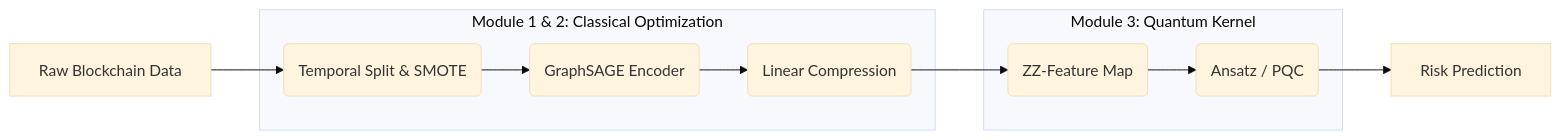
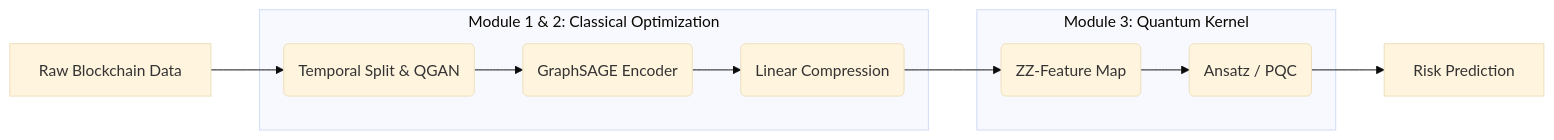
The diagram in README.md (solarism/Quantum-Graph-AML-Detection), drawn with Mermaid (base theme) before and after one commit. The commit also changed other lines of this file and 9 other files, not shown here.

````diff
--- a/README.md
+++ b/README.md
@@ -24,20 +26,20 @@
 ```mermaid
 graph LR
     A[Raw Blockchain Data] --> B[Data Preprocessing];
     B --> C[Classical GNN Layer];
     C --> D[Dimension Reduction];
     D --> E[Quantum Feature Map];
     E --> F[Variational Circuit];
     F --> G[Risk Prediction];
     
     subgraph Classical [Module 1 & 2: Classical Optimization]
-    B(Temporal Split & SMOTE)
+    B(Temporal Split & QGAN)
     C(GraphSAGE Encoder)
     D(Linear Compression)
     end
     
     subgraph Quantum [Module 3: Quantum Kernel]
     E(ZZ-Feature Map)
     F(Ansatz / PQC)
     end
 ```
````
